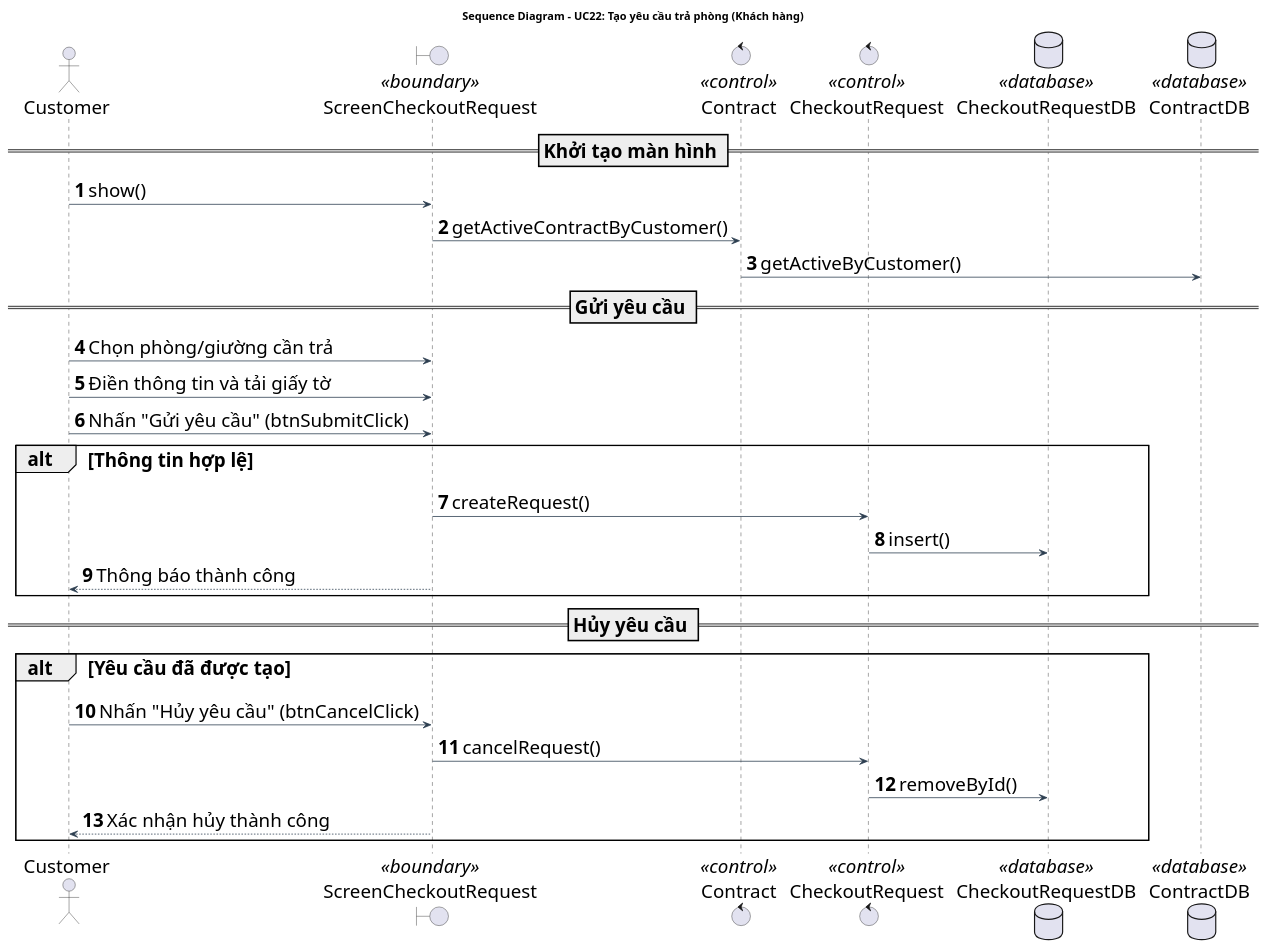
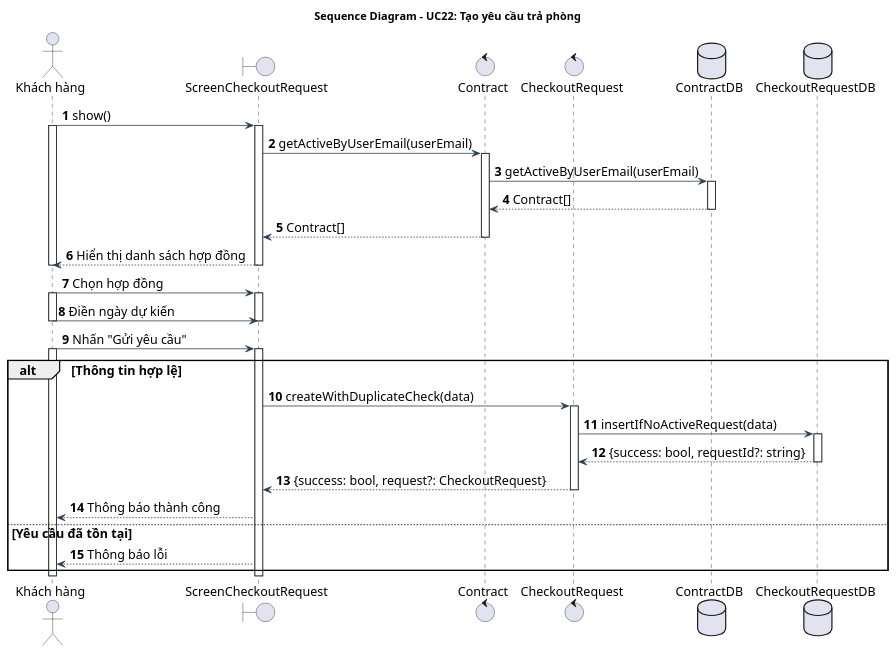
The diagram in doc/system/yeu_cau_tra_phong/YeuCauTraPhong_SequenceDiagram.wsd (Gnourt812005/HCMUS-Analyze-and-desgin-IS), drawn with PlantUML before and after one commit. The commit also changed 9 other files, not shown here.

Commit message:
quangdo/diagrams: reviewed diagrams

```diff
--- a/doc/system/yeu_cau_tra_phong/YeuCauTraPhong_SequenceDiagram.wsd
+++ b/doc/system/yeu_cau_tra_phong/YeuCauTraPhong_SequenceDiagram.wsd
@@ -1,45 +1,64 @@
 @startuml YeuCauTraPhong_SequenceDiagram
-title Sequence Diagram - UC22: Tạo yêu cầu trả phòng (Khách hàng)
+title Sequence Diagram - UC22: Tạo yêu cầu trả phòng
 
 skinparam {
     BackgroundColor White
     ArrowColor #2D3E50
     DefaultFontName "Arial"
-    DefaultFontSize 24
-    ParticipantPadding 20
+    DefaultFontSize 16
+    ParticipantPadding 15
 }
-
-actor "Customer" as Customer
-boundary "ScreenCheckoutRequest" as Screen <<boundary>>
-control "Contract" as Contract <<control>>
-control "CheckoutRequest" as Request <<control>>
-database "CheckoutRequestDB" as RequestDB <<database>>
-database "ContractDB" as ContractDB <<database>>
 
 autonumber
 
-== Khởi tạo màn hình ==
-Customer -> Screen: show()
-Screen -> Contract: getActiveContractByCustomer()
-Contract -> ContractDB: getActiveByCustomer()
+actor "Khách hàng" as customer
+boundary "ScreenCheckoutRequest" as screen
+control "Contract" as contract
+control "CheckoutRequest" as request
+database "ContractDB" as contractDb
+database "CheckoutRequestDB" as requestDb
 
-== Gửi yêu cầu ==
-Customer -> Screen: Chọn phòng/giường cần trả
-Customer -> Screen: Điền thông tin và tải giấy tờ
-Customer -> Screen: Nhấn "Gửi yêu cầu" (btnSubmitClick)
+customer -> screen: show()
+activate customer
+activate screen
+screen -> contract: getActiveByUserEmail(userEmail)
+activate contract
+contract -> contractDb: getActiveByUserEmail(userEmail)
+activate contractDb
+contractDb --> contract: Contract[]
+deactivate contractDb
+contract --> screen: Contract[]
+deactivate contract
 
+screen --> customer: Hiển thị danh sách hợp đồng
+deactivate screen
+deactivate customer
+
+customer -> screen: Chọn hợp đồng
+activate customer
+activate screen
+customer -> screen: Điền ngày dự kiến
+deactivate customer
+deactivate screen
+
+customer -> screen: Nhấn "Gửi yêu cầu"
+activate customer
+activate screen
 alt Thông tin hợp lệ
-    Screen -> Request: createRequest()
-    Request -> RequestDB: insert()
-    Screen --> Customer: Thông báo thành công
+    screen -> request: createWithDuplicateCheck(data)
+    activate request
+    request -> requestDb: insertIfNoActiveRequest(data)
+    activate requestDb
+    requestDb --> request: {success: bool, requestId?: string}
+    deactivate requestDb
+    request --> screen: {success: bool, request?: CheckoutRequest}
+    deactivate request
+    screen --> customer: Thông báo thành công
+else Yêu cầu đã tồn tại
+    screen --> customer: Thông báo lỗi
 end
 
-== Hủy yêu cầu ==
-alt Yêu cầu đã được tạo
-    Customer -> Screen: Nhấn "Hủy yêu cầu" (btnCancelClick)
-    Screen -> Request: cancelRequest()
-    Request -> RequestDB: removeById()
-    Screen --> Customer: Xác nhận hủy thành công
-end
+deactivate customer
+deactivate screen
 
 @enduml
```
